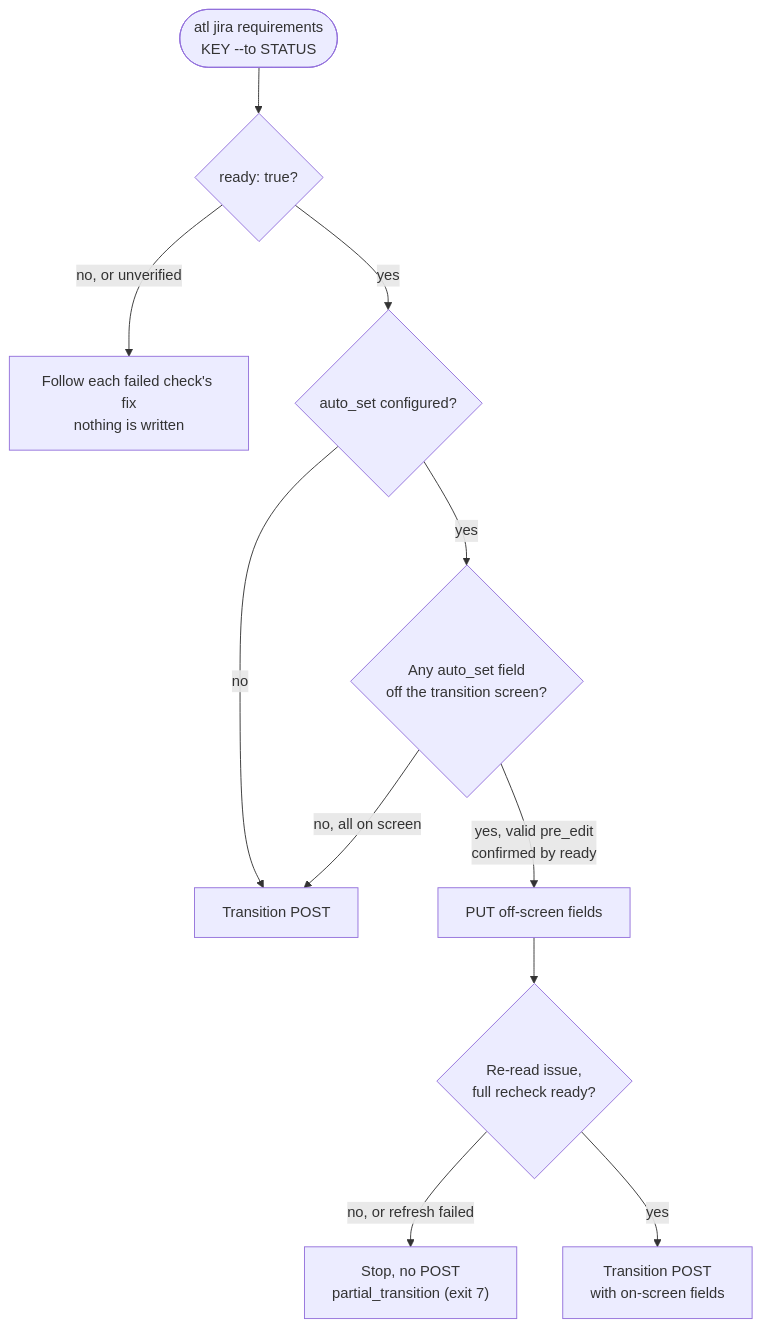
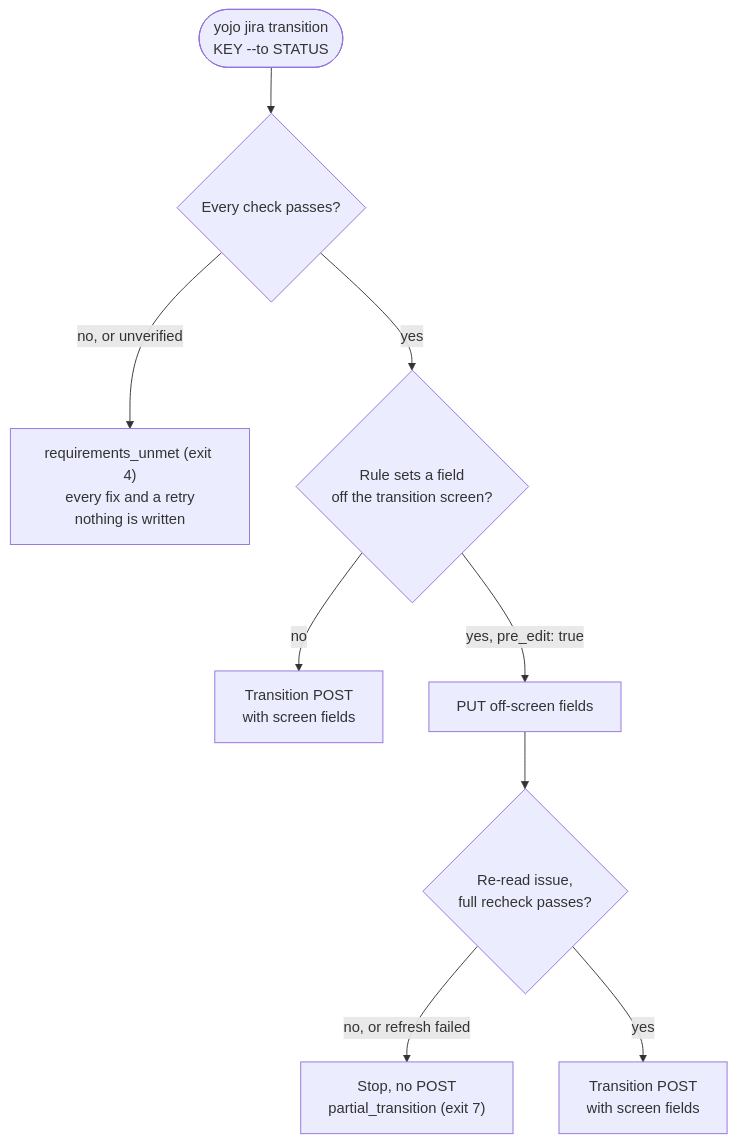
Before and after one commit to calvinware/atlass-cli: the second of 3 diagrams in docs/guides/jira-workflows.md, drawn with Mermaid. The commit also changed other lines of this file and 80 other files, not shown here.

First line of the commit message:
feat(cli): establish yojo 0.1.0 and generic Jira issue commands (#14)

````diff
--- a/docs/guides/jira-workflows.md
+++ b/docs/guides/jira-workflows.md
@@ -116,13 +114,11 @@
 ```mermaid
 flowchart TD
-    Check(["atl jira requirements<br/>KEY --to STATUS"]) --> Ready{"ready: true?"}
-    Ready -->|"no, or unverified"| Stop["Follow each failed check's fix<br/>nothing is written"]
-    Ready -->|yes| AutoSet{"auto_set configured?"}
-    AutoSet -->|no| Post["Transition POST"]
-    AutoSet -->|yes| OffScreen{"Any auto_set field<br/>off the transition screen?"}
-    OffScreen -->|"no, all on screen"| Post
-    OffScreen -->|"yes, valid pre_edit<br/>confirmed by ready"| Put["PUT off-screen fields"]
-    Put --> Recheck{"Re-read issue,<br/>full recheck ready?"}
+    Start(["yojo jira transition<br/>KEY --to STATUS"]) --> Ready{"Every check passes?"}
+    Ready -->|"no, or unverified"| Stop["requirements_unmet (exit 4)<br/>every fix and a retry<br/>nothing is written"]
+    Ready -->|yes| AutoSet{"Rule sets a field<br/>off the transition screen?"}
+    AutoSet -->|no| Post["Transition POST<br/>with screen fields"]
+    AutoSet -->|"yes, pre_edit: true"| Put["PUT off-screen fields"]
+    Put --> Recheck{"Re-read issue,<br/>full recheck passes?"}
     Recheck -->|"no, or refresh failed"| Skip["Stop, no POST<br/>partial_transition (exit 7)"]
-    Recheck -->|yes| PostOn["Transition POST<br/>with on-screen fields"]
+    Recheck -->|yes| PostOn["Transition POST<br/>with screen fields"]
 ```
````
